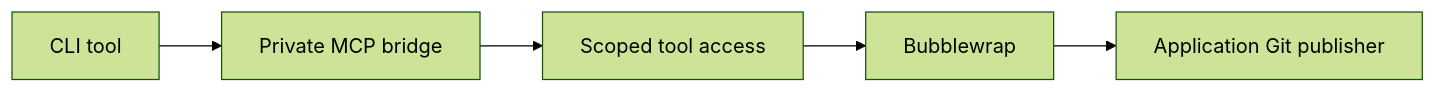
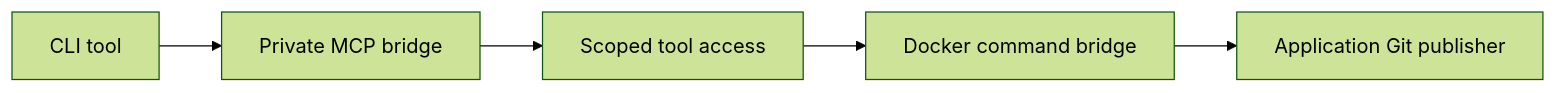
Before and after one commit to zbarno/kool.ade: diagram 21 of 36 in docs/architecture/architecture-atlas.md, drawn with Mermaid (forest theme). The commit also changed other lines of this file and 6 other files, not shown here.

````diff
--- a/docs/architecture/architecture-atlas.md
+++ b/docs/architecture/architecture-atlas.md
@@ -365,12 +365,12 @@
 ```mermaid
 flowchart LR
     c0["CLI tool"]
     c1["Private MCP bridge"]
     c2["Scoped tool access"]
-    c3["Bubblewrap"]
+    c3["Docker command bridge"]
     c4["Application Git publisher"]
     c0 --> c1
     c1 --> c2
     c2 --> c3
     c3 --> c4
 ```
````
